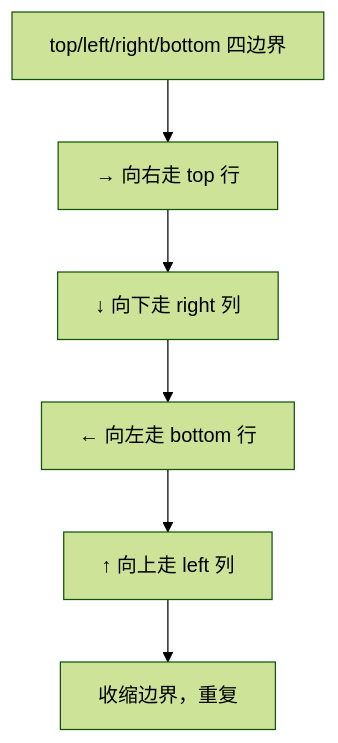
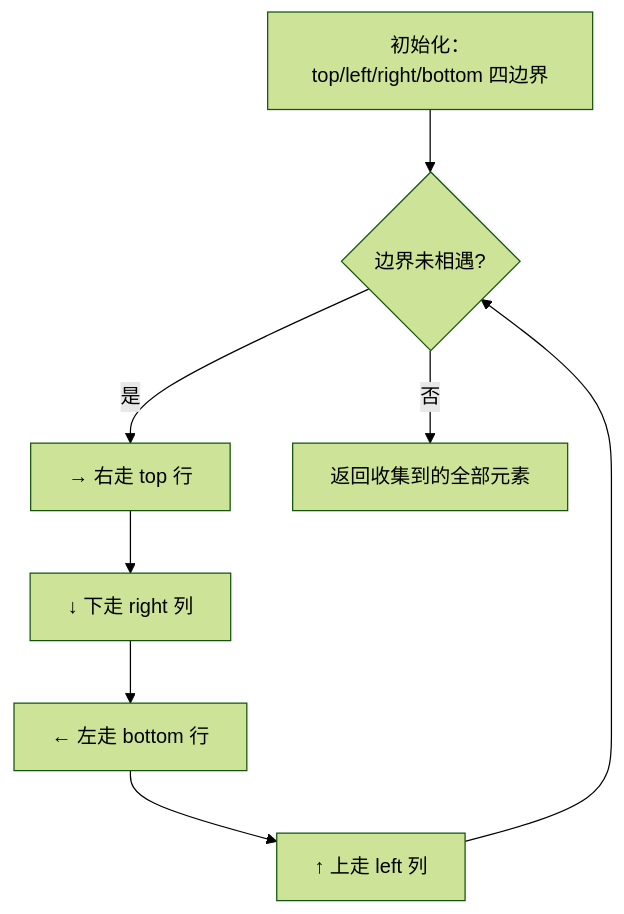
Before and after one commit to OctalZero/hot100-py: the first of 2 diagrams in 06-矩阵/0054-螺旋矩阵.md, drawn with Mermaid (forest theme). The commit also changed other lines of this file and 117 other files, not shown here.

First line of the commit message:
feat: 全题解配图升级为「动画式 mermaid」（总览骨架 + 横向时间线逐步推演）

````diff
--- a/06-矩阵/0054-螺旋矩阵.md
+++ b/06-矩阵/0054-螺旋矩阵.md
@@ -20,8 +20,10 @@
 ```mermaid
 flowchart TD
-    A["top/left/right/bottom 四边界"] --> B["→ 向右走 top 行"]
-    B --> C["↓ 向下走 right 列"]
-    C --> D["← 向左走 bottom 行"]
-    D --> E["↑ 向上走 left 列"]
-    E --> F["收缩边界，重复"]
+    A["初始化：top/left/right/bottom 四边界"] --> B{"边界未相遇?"}
+    B -->|"是"| C["→ 右走 top 行"]
+    C --> D["↓ 下走 right 列"]
+    D --> E["← 左走 bottom 行"]
+    E --> F["↑ 上走 left 列"]
+    F --> B
+    B -->|"否"| G["返回收集到的全部元素"]
 ```
````
